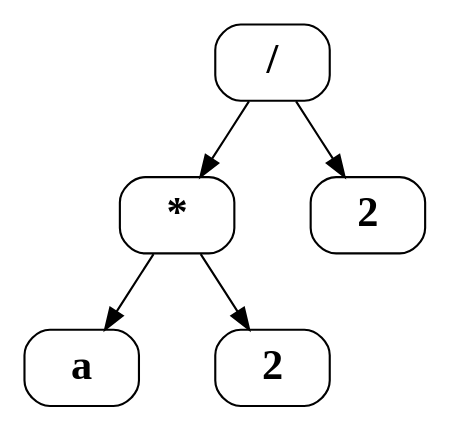
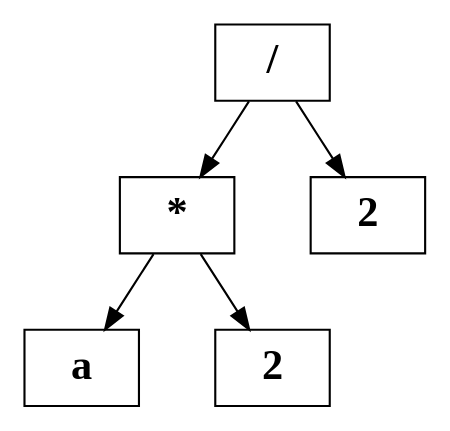
Before and after one commit to BenSt099/Bachelorarbeit-EGraphs: the diagram in ba/fig/ast.dot, drawn with Graphviz. The commit also changed 9 other files, not shown here.

```diff
--- a/ba/fig/ast.dot
+++ b/ba/fig/ast.dot
@@ -1,16 +1,16 @@
 digraph {
     graph [nodesep=0.5, ranksep=0.5]
-    node [fillcolor=white fontname="Times-Bold" fontsize=20 shape=rect style="rounded"]
+    node [fillcolor=white fontname="Times-Bold" fontsize=20 shape=rect]
     div [label="/"]
     mul [label="*"]
     a [label="a"]
     two1 [label="2"]
     two2 [label="2"]
     
     div -> mul;
     div -> two1;
     mul -> a;
     mul-> two2;
 
     // dot -Tsvg ast.dot -o outfile.svg
 }
```
